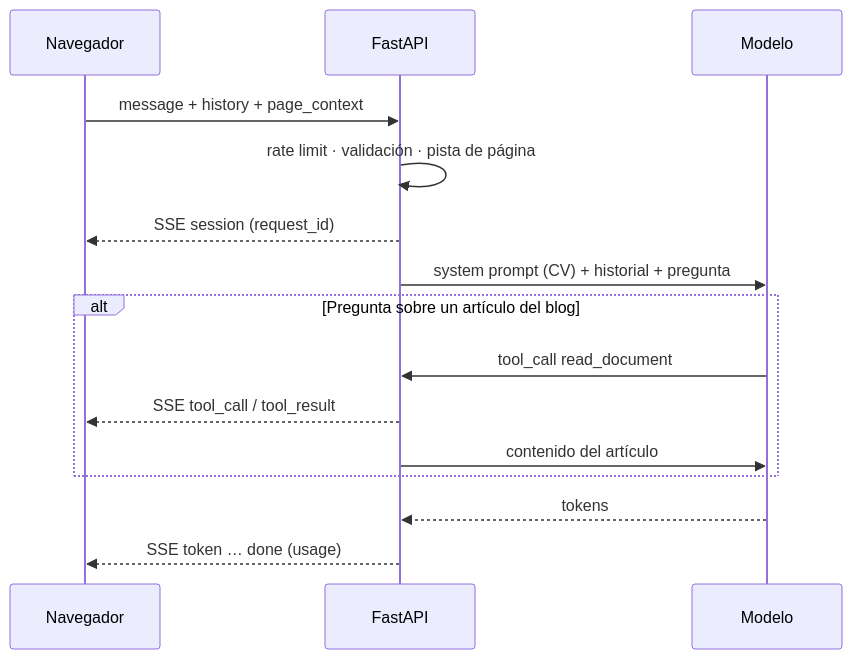
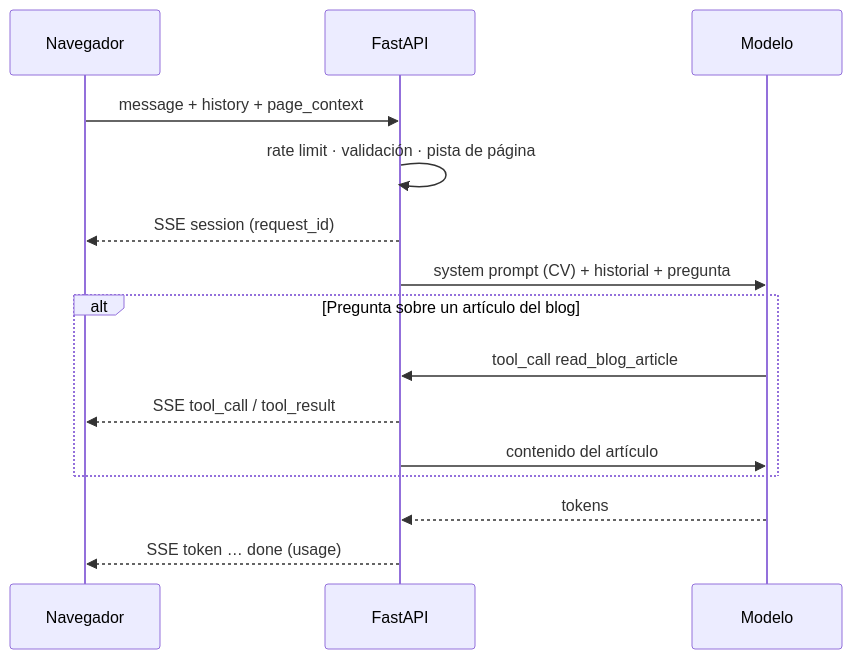
The second of 2 diagrams in CV/Chatbot/README.md (DemetrioTahoces/DemetrioTahoces.github.io), drawn with Mermaid before and after one commit. The commit also changed other lines of this file and 10 other files, not shown here.

First line of the commit message:
fix: la tool del agente solo lee artículos del blog

````diff
--- a/CV/Chatbot/README.md
+++ b/CV/Chatbot/README.md
@@ -37,17 +37,17 @@
 ```mermaid
 sequenceDiagram
     participant B as Navegador
     participant F as FastAPI
     participant M as Modelo
     B->>F: message + history + page_context
     F->>F: rate limit · validación · pista de página
     F-->>B: SSE session (request_id)
     F->>M: system prompt (CV) + historial + pregunta
     alt Pregunta sobre un artículo del blog
-        M->>F: tool_call read_document
+        M->>F: tool_call read_blog_article
         F-->>B: SSE tool_call / tool_result
         F->>M: contenido del artículo
     end
     M-->>F: tokens
     F-->>B: SSE token … done (usage)
 ```
````
